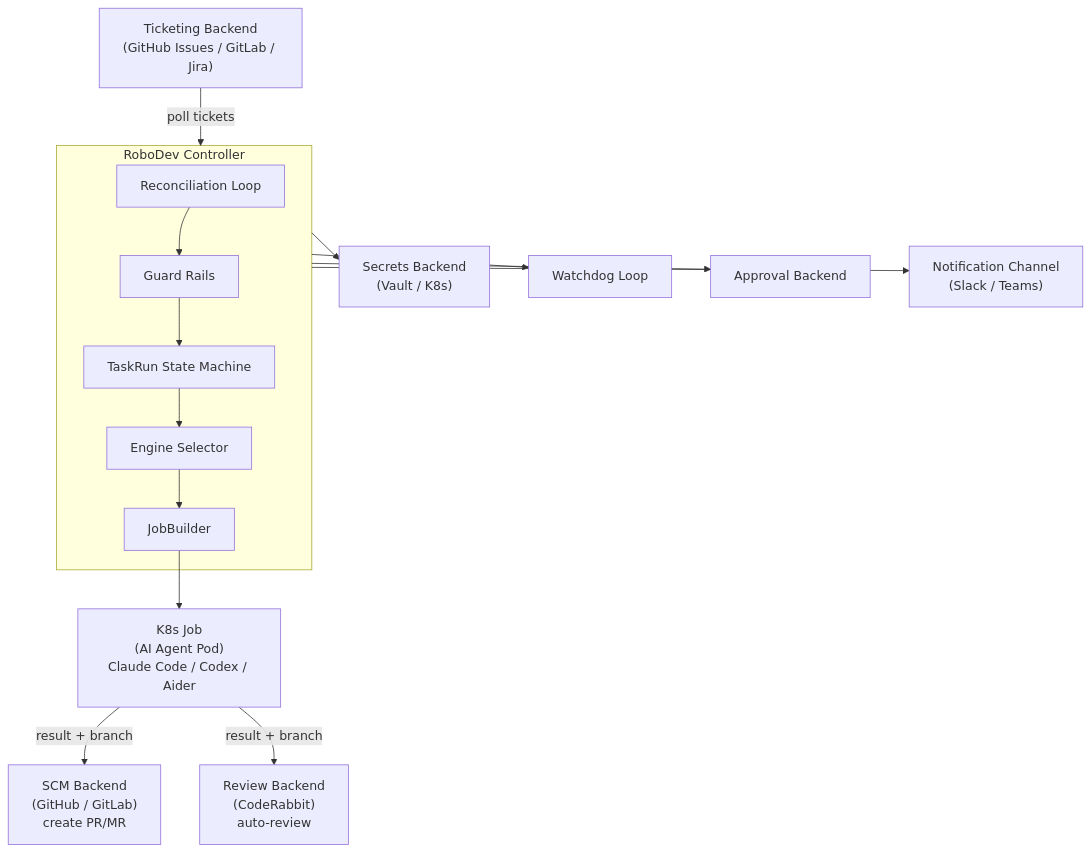
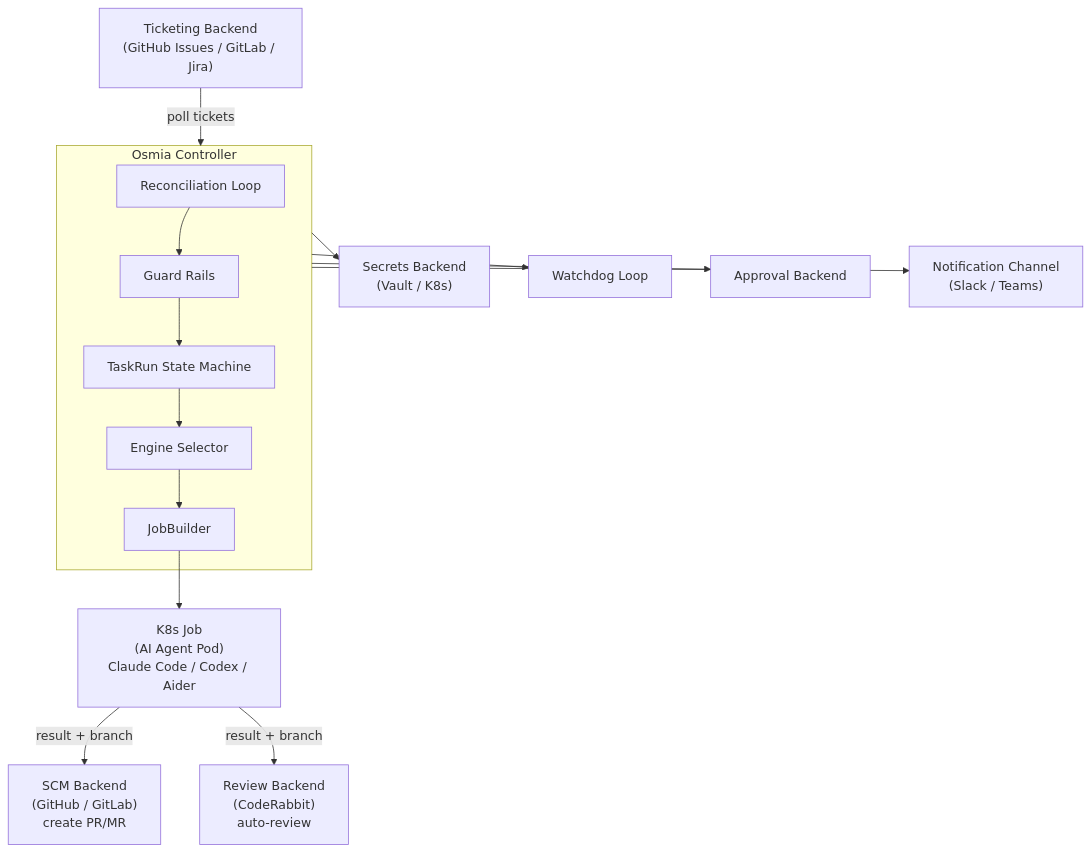
The first of 4 diagrams in docs/architecture.md (unitaryai/osmia), drawn with Mermaid before and after one commit. The commit also changed other lines of this file and 286 other files, not shown here.

First line of the commit message:
feat: rename project from RoboDev to Osmia (#4)

````diff
--- a/docs/architecture.md
+++ b/docs/architecture.md
@@ -17,22 +17,22 @@
 ```mermaid
 graph TD
     TB["Ticketing Backend<br/>(GitHub Issues / GitLab / Jira)"] -->|poll tickets| Ctrl
 
-    subgraph Ctrl["RoboDev Controller"]
+    subgraph Ctrl["Osmia Controller"]
         RL["Reconciliation Loop"]
         GR["Guard Rails"]
         TSM["TaskRun State Machine"]
         ES["Engine Selector"]
         JB["JobBuilder"]
         RL --> GR --> TSM --> ES --> JB
     end
 
     Ctrl --> Secrets["Secrets Backend<br/>(Vault / K8s)"]
     Ctrl --> WD["Watchdog Loop"]
     Ctrl --> Approval["Approval Backend"]
     Ctrl --> Notif["Notification Channel<br/>(Slack / Teams)"]
     JB --> Job["K8s Job<br/>(AI Agent Pod)<br/>Claude Code / Codex / Aider"]
 
     Job -->|result + branch| SCM["SCM Backend<br/>(GitHub / GitLab)<br/>create PR/MR"]
     Job -->|result + branch| Review["Review Backend<br/>(CodeRabbit)<br/>auto-review"]
 ```
````
